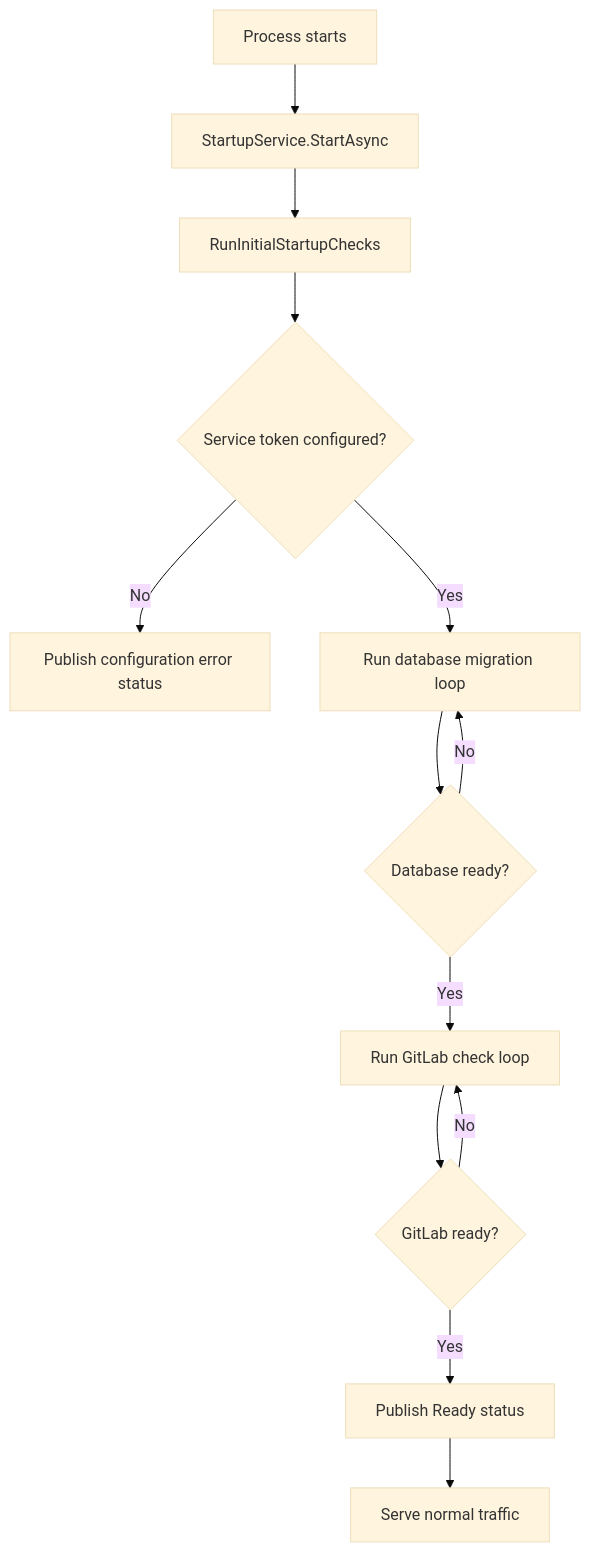
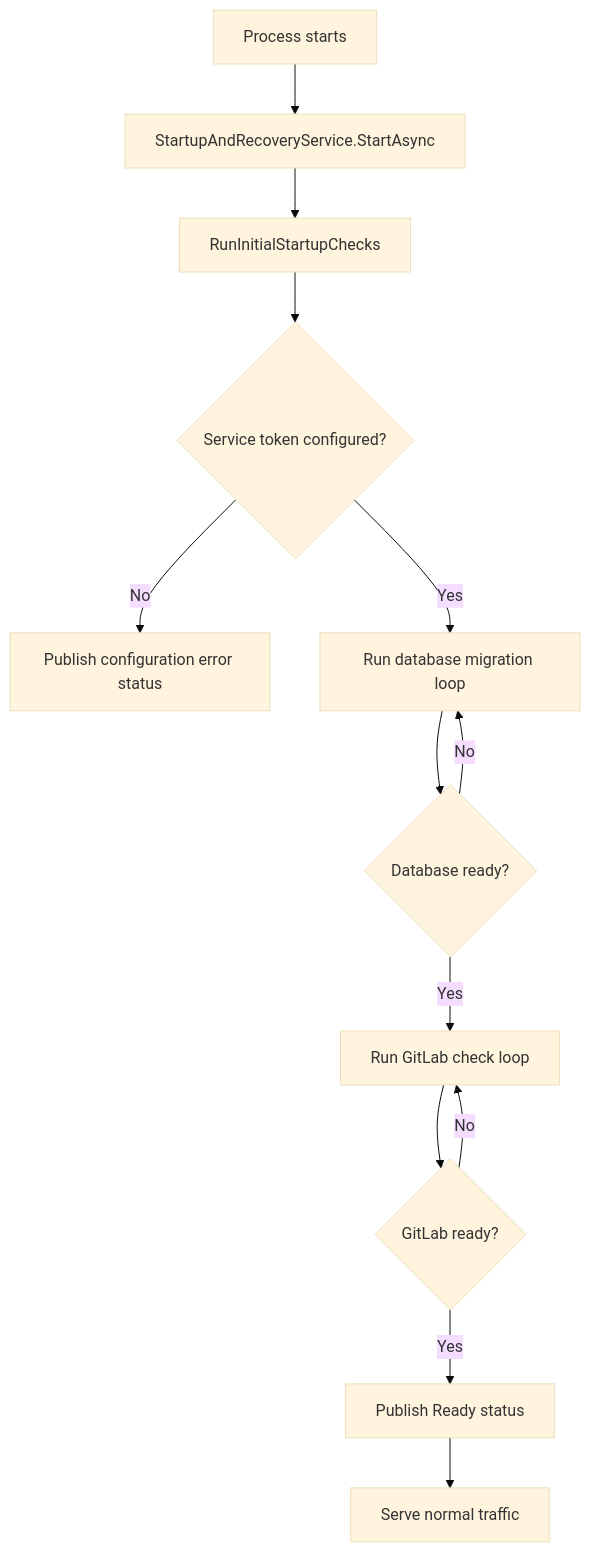
The first of 2 diagrams in docs/StartupAndRecovery.md (Falconne/ci-lab), drawn with Mermaid (base theme) before and after one commit. The commit also changed other lines of this file and 10 other files, not shown here.

````diff
--- a/docs/StartupAndRecovery.md
+++ b/docs/StartupAndRecovery.md
@@ -52,15 +54,15 @@
 ```mermaid
 flowchart TD
-    A[Process starts] --> B[StartupService.StartAsync]
+    A[Process starts] --> B[StartupAndRecoveryService.StartAsync]
     B --> C[RunInitialStartupChecks]
     C --> D{Service token configured?}
     D -->|No| E[Publish configuration error status]
     D -->|Yes| F[Run database migration loop]
     F --> G{Database ready?}
     G -->|No| F
     G -->|Yes| H[Run GitLab check loop]
     H --> I{GitLab ready?}
     I -->|No| H
     I -->|Yes| J[Publish Ready status]
     J --> K[Serve normal traffic]
 ```
````
